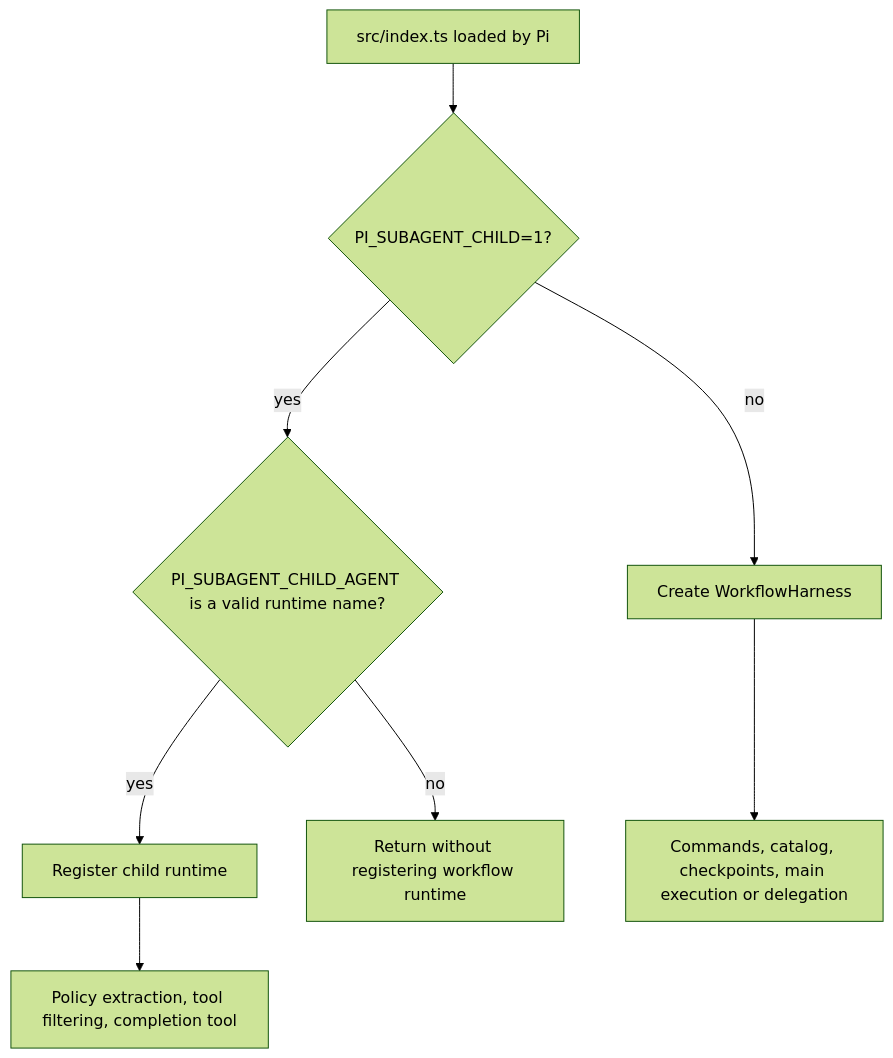
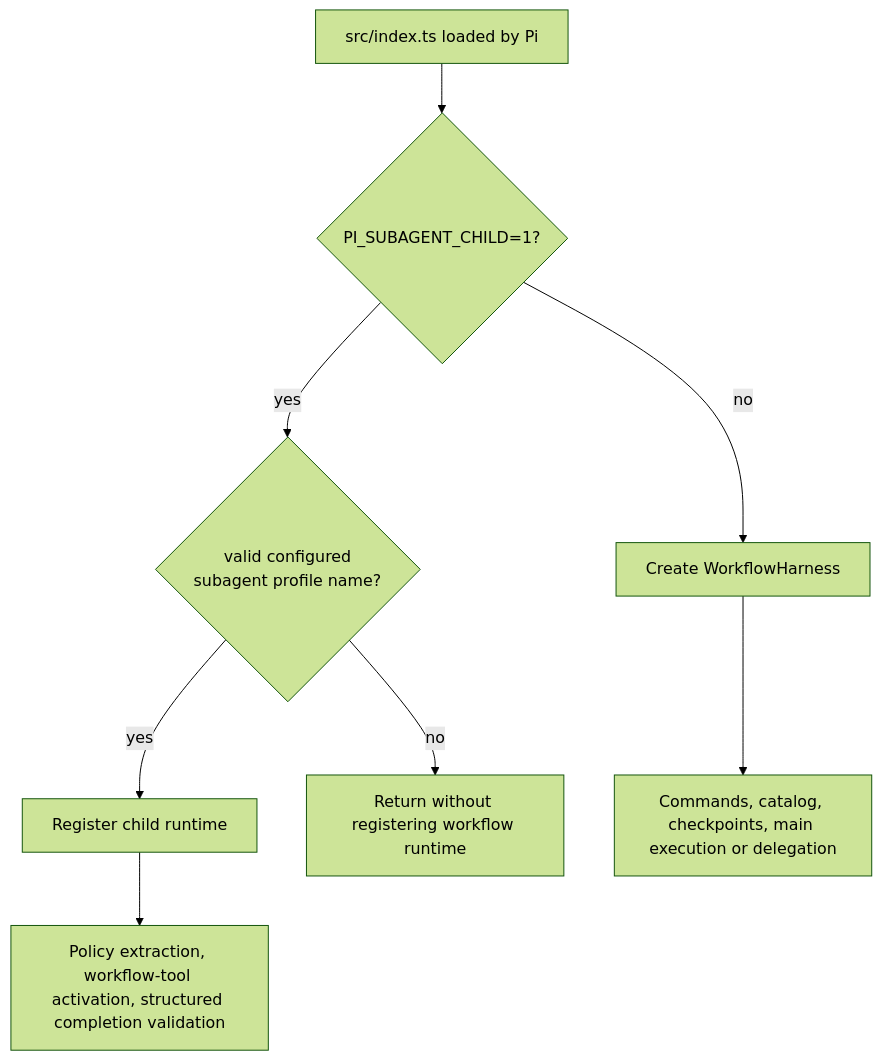
The second of 5 diagrams in openwiki/architecture/overview.md (wichayutdew/pi-workflows), drawn with Mermaid (forest theme) before and after one commit. The commit also changed other lines of this file and 57 other files, not shown here.

````diff
--- a/openwiki/architecture/overview.md
+++ b/openwiki/architecture/overview.md
@@ -41,12 +41,12 @@
 ```mermaid
 flowchart TD
   Start[src/index.ts loaded by Pi]
   Start --> ChildEnv{PI_SUBAGENT_CHILD=1?}
   ChildEnv -- no --> Parent[Create WorkflowHarness]
-  ChildEnv -- yes --> NameOk{PI_SUBAGENT_CHILD_AGENT is a valid runtime name?}
+  ChildEnv -- yes --> NameOk{valid configured<br/>subagent profile name?}
   NameOk -- yes --> Child[Register child runtime]
   NameOk -- no --> Noop[Return without registering workflow runtime]
 
   Parent --> ParentWork[Commands, catalog, checkpoints, main execution or delegation]
-  Child --> ChildWork[Policy extraction, tool filtering, completion tool]
+  Child --> ChildWork[Policy extraction, workflow-tool activation, structured completion validation]
 ```
````
